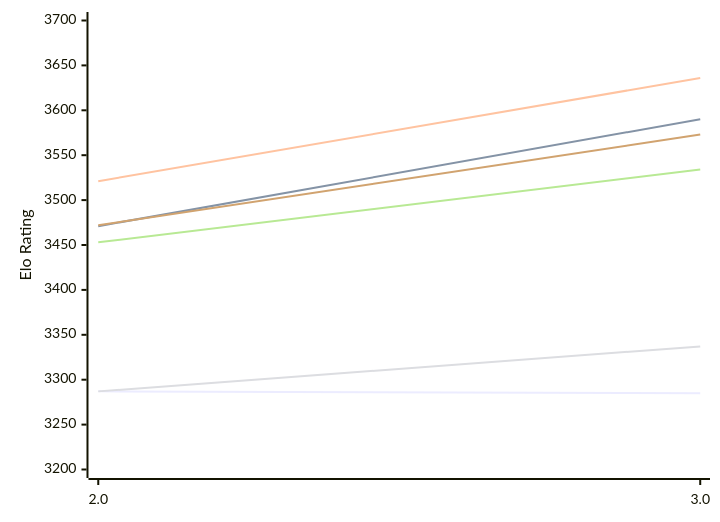
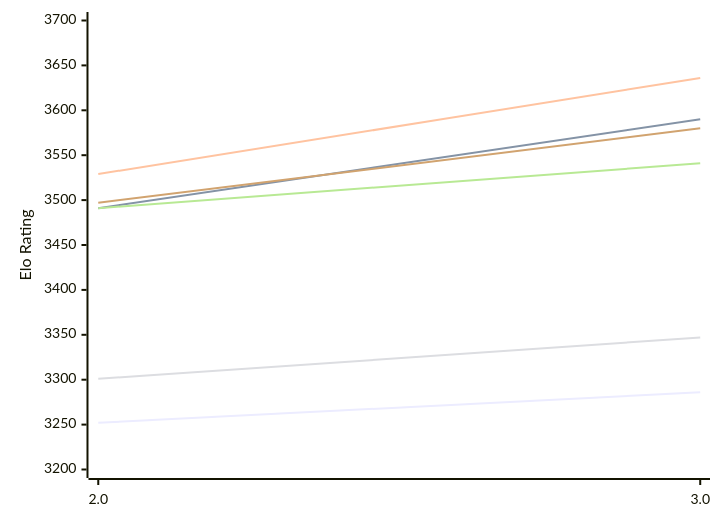
Before and after one commit to computer-chess-index/cci: the first of 2 diagrams in engines/Quanticade.md, drawn with Mermaid. The commit also changed other lines of this file, not shown here.

Commit message:
Update CCI Ratings (ELO VLTC) - 2026-11-25

````diff
--- a/engines/Quanticade.md
+++ b/engines/Quanticade.md
@@ -50,12 +50,12 @@
 ```mermaid
 %%{init: {"theme":"base","themeVariables":{"seriesColors:['#a3a3a3','#222221','#faa371']}}}%%
 xychart-beta
   x-axis ["2.0", "3.0"]
   y-axis "Elo Rating" 3200 --> 3700
-  line "E1: STC (8.0+0.08s)" [3287, 3285]
-  line "E1: LTC (60.0+0.60s)" [3471, 3590]
-  line "E1: VLTC (2m24s+1.12s)" [3521, 3636]
-  line "P1: STC (8.0+0.08s)" [3287, 3337]
-  line "P1: LTC (60.0+0.60s)" [3453, 3534]
-  line "P1: VLTC (2m24s+1.12s)" [3472, 3573]
+  line "E1: STC (8.0+0.08s)" [3252, 3286]
+  line "E1: LTC (60.0+0.60s)" [3491, 3590]
+  line "E1: VLTC (2m24s+1.12s)" [3529, 3636]
+  line "P1: STC (8.0+0.08s)" [3301, 3347]
+  line "P1: LTC (60.0+0.60s)" [3491, 3541]
+  line "P1: VLTC (2m24s+1.12s)" [3497, 3580]
 ```
````
